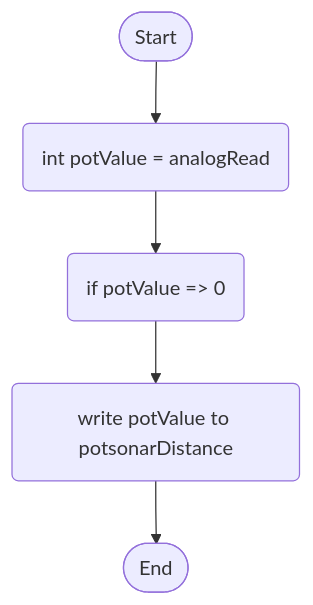
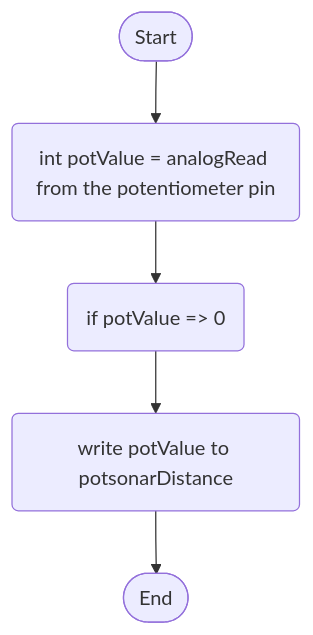
One commit to 4060269/SmartWorkstationAssessment3 changed the diagram in Flowcharts/potentiometerLogic.md. Above: the diagram before and after it, drawn with Mermaid. The commit also changed other lines of this file, not shown here.

````diff
--- a/Flowcharts/potentiometerLogic.md
+++ b/Flowcharts/potentiometerLogic.md
@@ -3,13 +3,13 @@
 ```mermaid
 flowchart TD
 terminalStart([Start])
 terminalEnd([End])
-setVariable(int potValue = analogRead)
+setVariable(int potValue = analogRead from the potentiometer pin)
 activatePotentiometer0(if potValue => 0)
 activatePotentiometer1(write potValue to potsonarDistance)
 
 terminalStart --> setVariable
 setVariable --> activatePotentiometer0
 activatePotentiometer0 --> activatePotentiometer1
 activatePotentiometer1 --> terminalEnd
 ```
````
